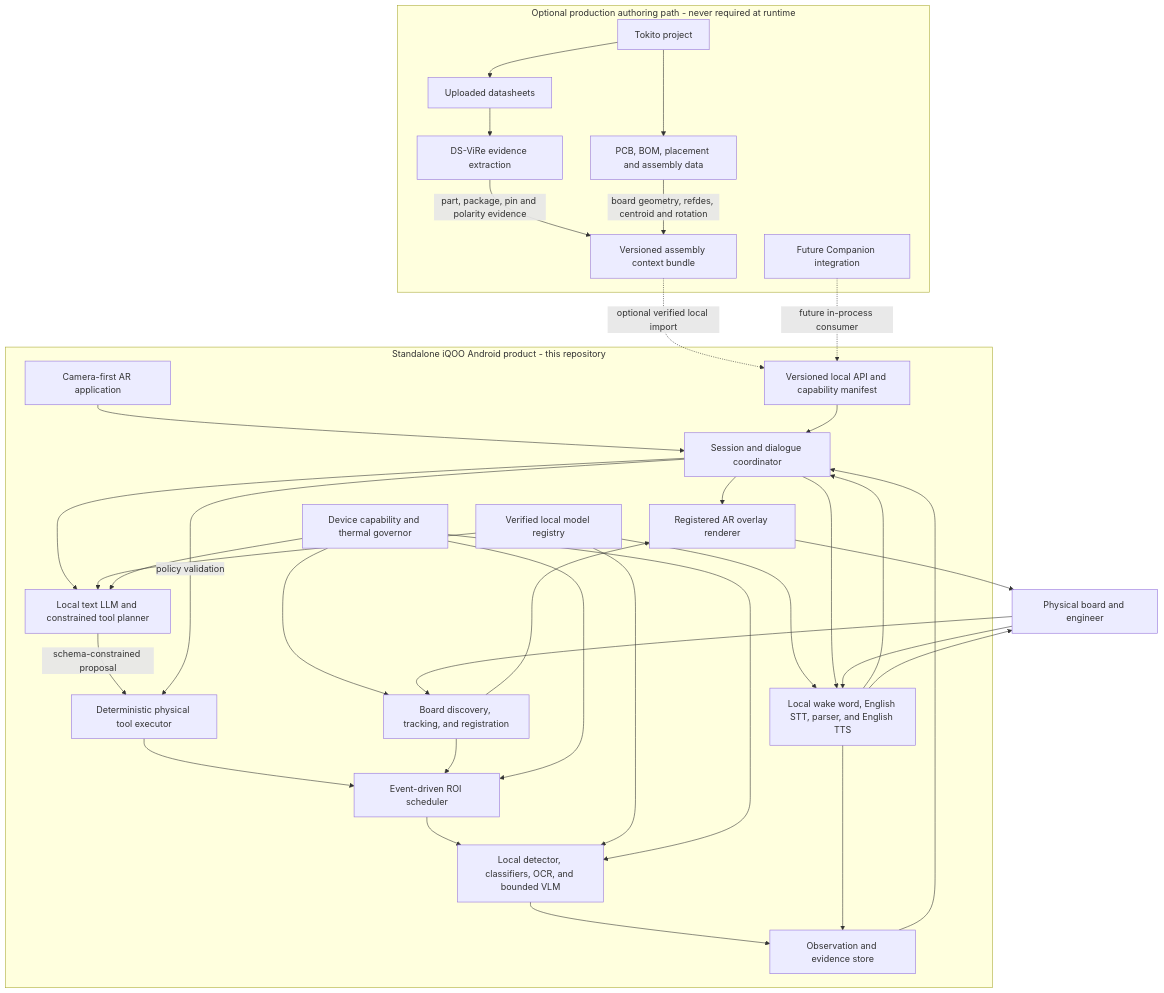
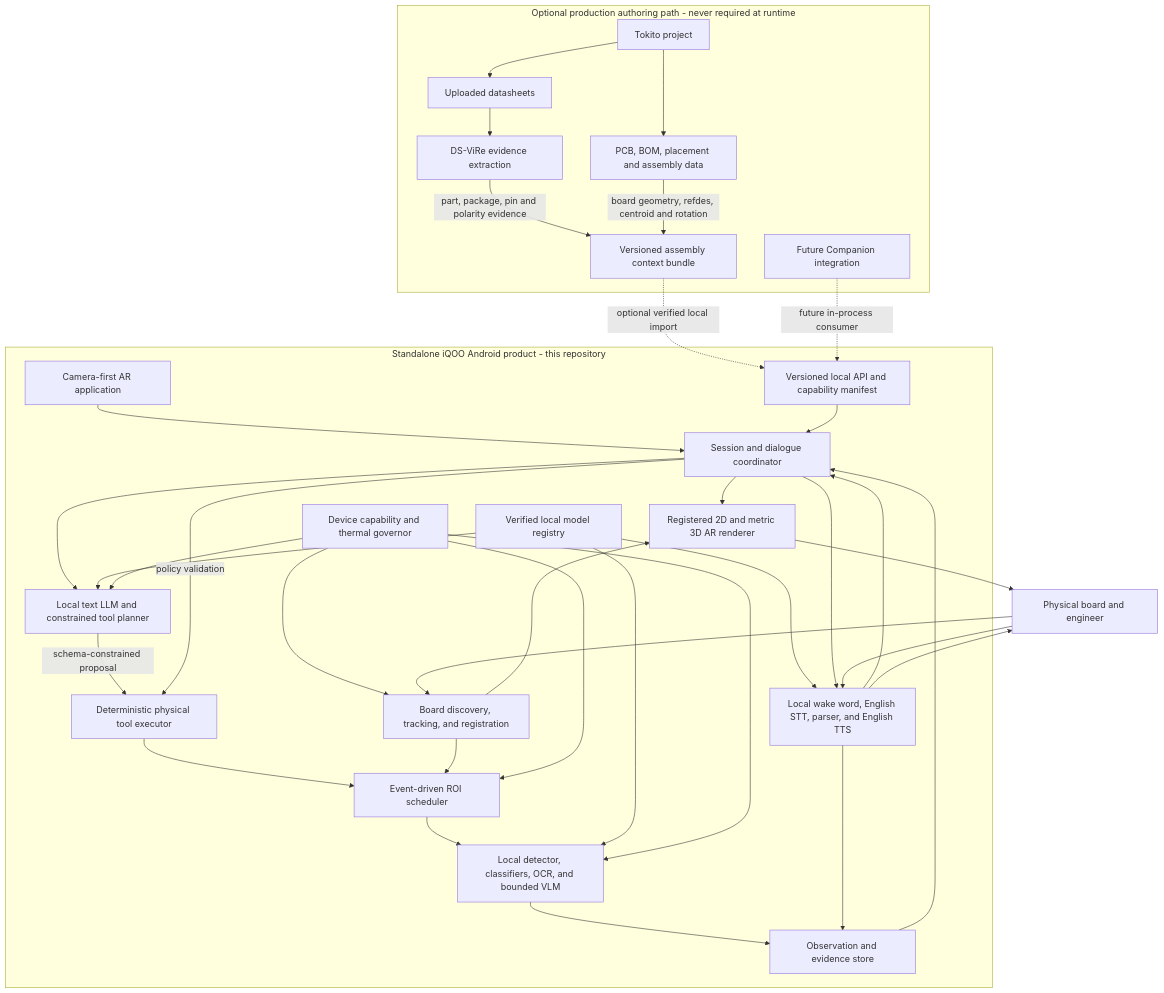
Before and after one commit to TokitoAI/tokito-app: the diagram in docs/ARCHITECTURE.md, drawn with Mermaid. The commit also changed other lines of this file and 21 other files, not shown here.

````diff
--- a/docs/ARCHITECTURE.md
+++ b/docs/ARCHITECTURE.md
@@ -5,63 +5,63 @@
 ```mermaid
 flowchart TB
     subgraph Authoring[Optional production authoring path - never required at runtime]
         Desktop[Tokito project]
         Datasheets[Uploaded datasheets]
         DSVire[DS-ViRe evidence extraction]
         Design[PCB, BOM, placement and assembly data]
         Bundle[Versioned assembly context bundle]
         FutureCompanion[Future Companion integration]
     end
 
     subgraph Product[Standalone iQOO Android product - this repository]
         App[Camera-first AR application]
         API[Versioned local API and capability manifest]
         Session[Session and dialogue coordinator]
         LLM[Local text LLM and constrained tool planner]
         Camera[Board discovery, tracking, and registration]
         ROI[Event-driven ROI scheduler]
         Vision[Local detector, classifiers, OCR, and bounded VLM]
         Audio[Local wake word, English STT, parser, and English TTS]
         Tools[Deterministic physical tool executor]
         Evidence[Observation and evidence store]
         Models[Verified local model registry]
         Device[Device capability and thermal governor]
-        Overlay[Registered AR overlay renderer]
+        Overlay[Registered 2D and metric 3D AR renderer]
     end
 
     Board[Physical board and engineer]
 
     Desktop --> Design
     Desktop --> Datasheets
     Datasheets --> DSVire
     DSVire -->|part, package, pin and polarity evidence| Bundle
     Design -->|board geometry, refdes, centroid and rotation| Bundle
     Bundle -.->|optional verified local import| API
     FutureCompanion -.->|future in-process consumer| API
     App --> Session
     API --> Session
     Session --> LLM
     LLM -->|schema-constrained proposal| Tools
     Session -->|policy validation| Tools
     Tools --> ROI
     ROI --> Vision
     Camera --> ROI
     Camera --> Overlay
     Audio --> Session
     Models --> Vision
     Models --> Audio
     Models --> LLM
     Device --> Camera
     Device --> ROI
     Device --> Vision
     Device --> LLM
     Vision --> Evidence
     Audio --> Evidence
     Evidence --> Session
     Session --> Overlay
     Session --> Audio
     Board --> Camera
     Board --> Audio
     Overlay --> Board
     Audio --> Board
 ```
````
